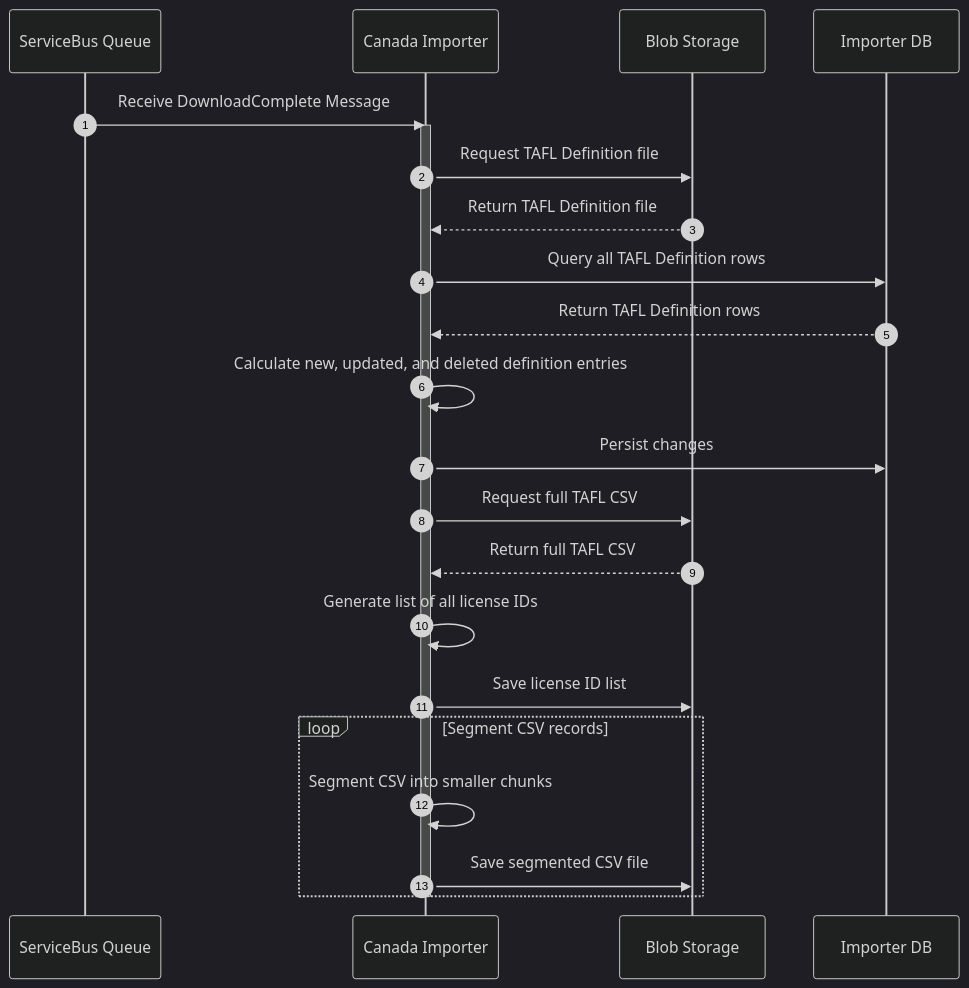
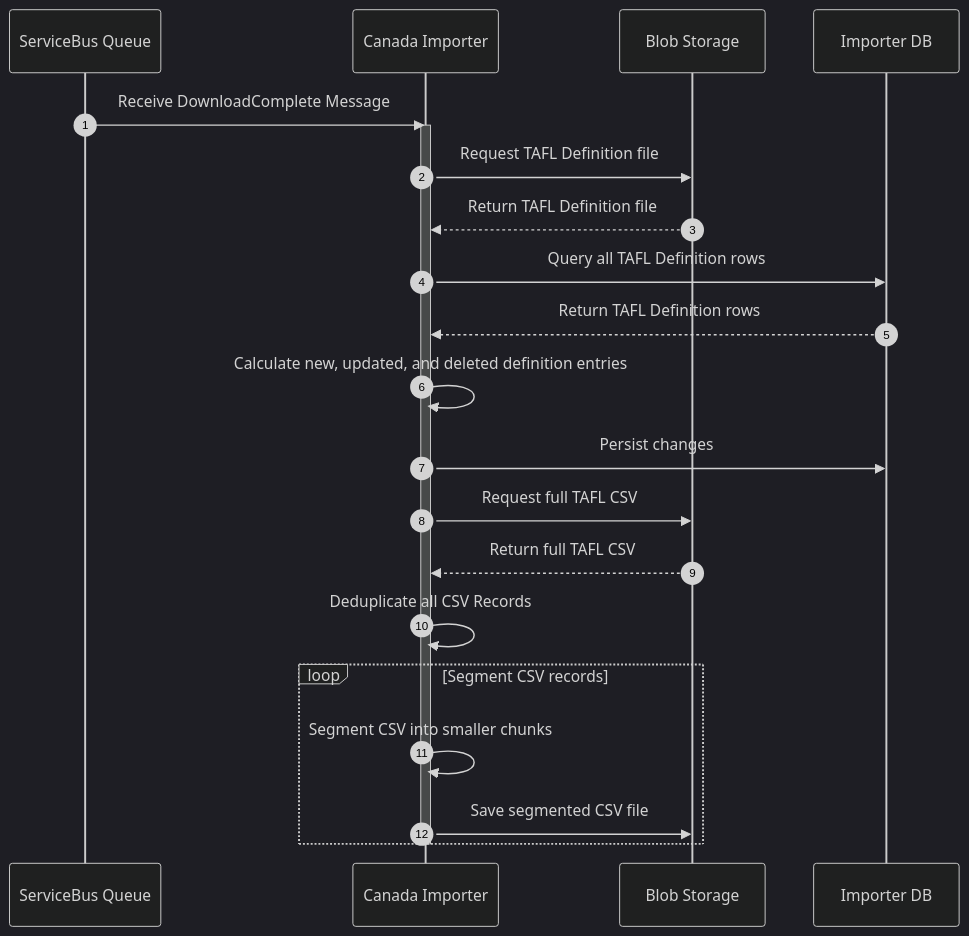
Before and after one commit to RYFOJE/radio-search: the diagram in services/Radio-Search.Importer/Radio-Search.Importer.Canada/Documentation/Diagrams/Sequence Diagrams/Download-Complete.md, drawn with Mermaid (dark theme). The commit also changed 46 other files, not shown here.

````diff
--- a/services/Radio-Search.Importer/Radio-Search.Importer.Canada/Documentation/Diagrams/Sequence Diagrams/Download-Complete.md
+++ b/services/Radio-Search.Importer/Radio-Search.Importer.Canada/Documentation/Diagrams/Sequence Diagrams/Download-Complete.md
@@ -1,33 +1,32 @@
 ```mermaid
 sequenceDiagram
     autonumber
     participant SB as ServiceBus Queue
     participant Importer as Canada Importer
     participant Storage as Blob Storage
     participant DB as Importer DB
 
     SB ->> Importer: Receive DownloadComplete Message
     activate Importer
 
         Importer ->> Storage: Request TAFL Definition file
         Storage -->> Importer: Return TAFL Definition file
 
         Importer ->> DB: Query all TAFL Definition rows
         DB -->> Importer: Return TAFL Definition rows
 
         Importer ->> Importer: Calculate new, updated, and deleted definition entries
         Importer ->> DB: Persist changes
 
         Importer ->> Storage: Request full TAFL CSV
         Storage -->> Importer: Return full TAFL CSV
 
-        Importer ->> Importer: Generate list of all license IDs
-        Importer ->> Storage: Save license ID list
+        Importer ->> Importer: Deduplicate all CSV Records
 
         loop Segment CSV records
             Importer ->> Importer: Segment CSV into smaller chunks
             Importer ->> Storage: Save segmented CSV file
         end
 
     deactivate Importer
 ```
````
